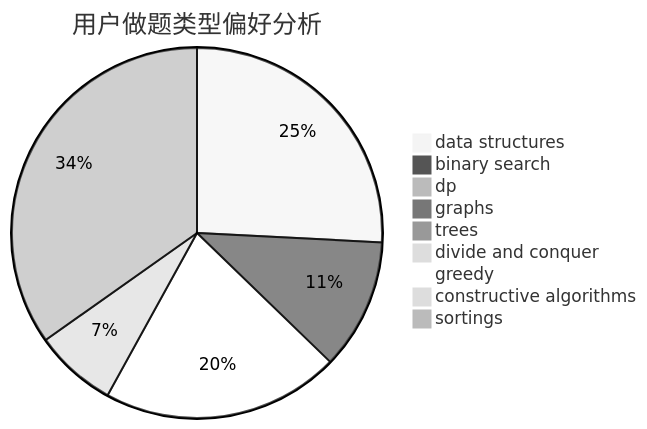
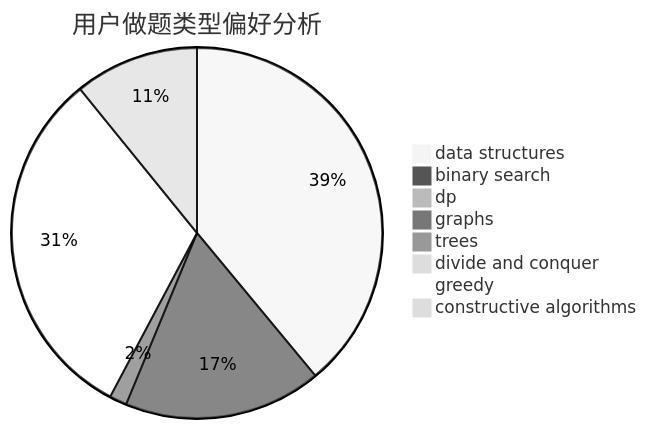
The second of 3 diagrams in docs/user/u256.md (sherpahu/cfrs.github.io), drawn with Mermaid (neutral theme) before and after one commit. The commit also changed other lines of this file and 2769 other files, not shown here.

````diff
--- a/docs/user/u256.md
+++ b/docs/user/u256.md
@@ -18,12 +18,11 @@
 ```mermaid
 pie title 用户做题类型偏好分析
     "data structures" :  359
     "binary search" :  159
     "dp" :  5
     "graphs" :  14
     "trees" :  0
     "divide and conquer" :  1
     "greedy" :  289
     "constructive algorithms" :  100
-    "sortings" :  484
 ```
````
